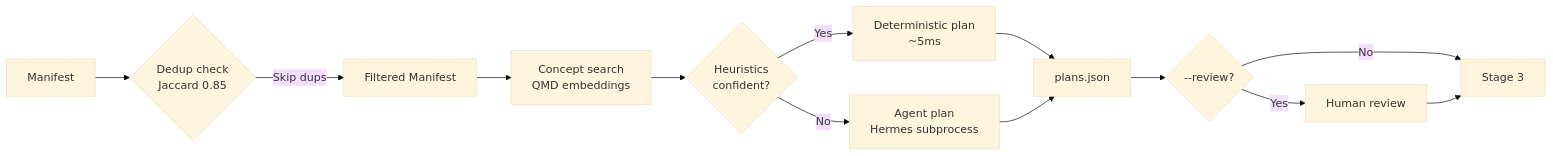
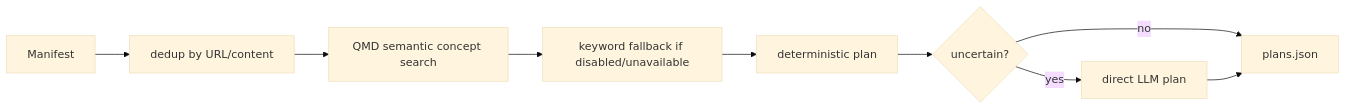
One commit to 0xminion/obsidian-llm-wiki changed the second of 2 diagrams in docs/architecture/ARCHITECTURE.md. Above: the diagram before and after it, drawn with Mermaid (base theme). The commit also changed other lines of this file and 7 other files, not shown here.

````diff
--- a/docs/architecture/ARCHITECTURE.md
+++ b/docs/architecture/ARCHITECTURE.md
@@ -318,15 +109,11 @@
 ```mermaid
 flowchart LR
-    A[Manifest] --> B{Dedup check<br/>Jaccard 0.85}
-    B -->|Skip dups| C[Filtered Manifest]
-    C --> D[Concept search<br/>QMD embeddings]
-    D --> E{Heuristics<br/>confident?}
-    E -->|Yes| F[Deterministic plan<br/>~5ms]
-    E -->|No| G[Agent plan<br/>Hermes subprocess]
-    F --> H[plans.json]
-    G --> H
-    H --> I{--review?}
-    I -->|Yes| J[Human review]
-    I -->|No| K[Stage 3]
-    J --> K
+    Manifest --> Dedup[dedup by URL/content]
+    Dedup --> QMD[QMD semantic concept search]
+    QMD --> Fallback[keyword fallback if disabled/unavailable]
+    Fallback --> Heuristic[deterministic plan]
+    Heuristic --> NeedLLM{uncertain?}
+    NeedLLM -->|yes| LLM[direct LLM plan]
+    NeedLLM -->|no| Plans[plans.json]
+    LLM --> Plans
 ```
````
